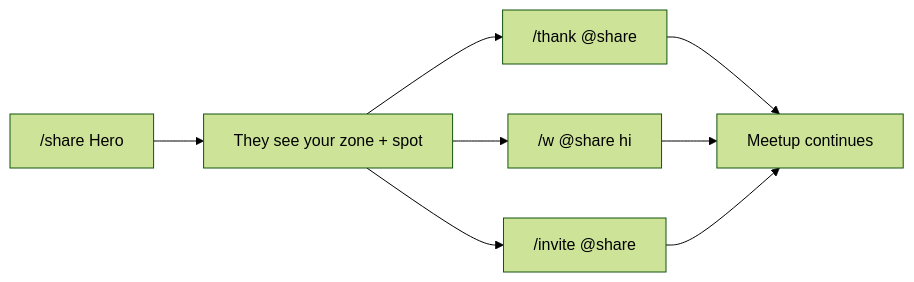
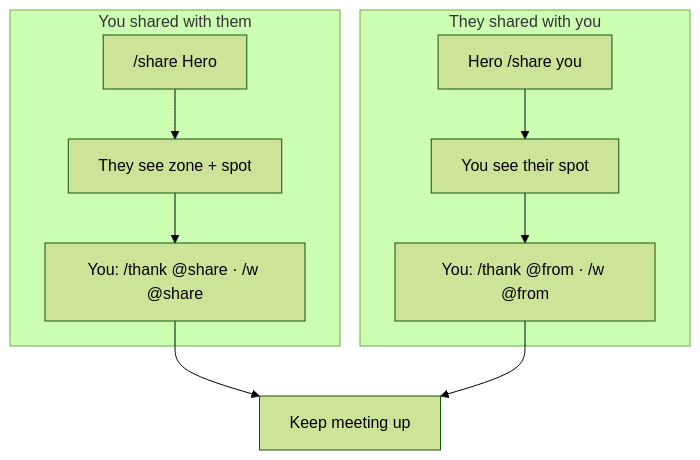
The second of 4 diagrams in README.md (Im-Nova-Dev/dq1_mmo), drawn with Mermaid (forest theme) before and after one commit. The commit also changed other lines of this file and 3 other files, not shown here.

````diff
--- a/README.md
+++ b/README.md
@@ -202,10 +202,13 @@
 ```mermaid
-flowchart LR
-  A["/share Hero"] --> B["They see your zone + spot"]
-  B --> C["/thank @share"]
-  B --> D["/w @share hi"]
-  B --> E["/invite @share"]
-  C --> F[Meetup continues]
-  D --> F
-  E --> F
+flowchart TB
+  subgraph you ["You shared with them"]
+    A["/share Hero"] --> B["They see zone + spot"]
+    B --> C["You: /thank @share · /w @share"]
+  end
+  subgraph them ["They shared with you"]
+    D["Hero /share you"] --> E["You see their spot"]
+    E --> F["You: /thank @from · /w @from"]
+  end
+  C --> G[Keep meeting up]
+  F --> G
 ```
````
